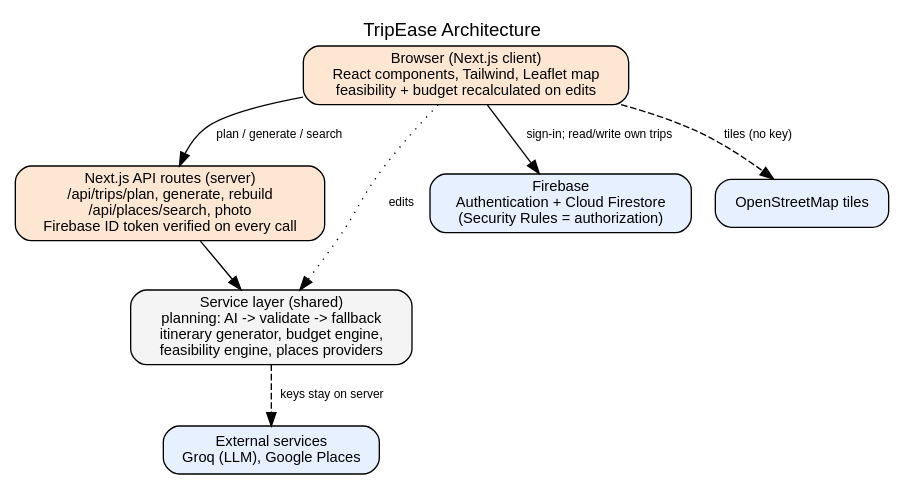
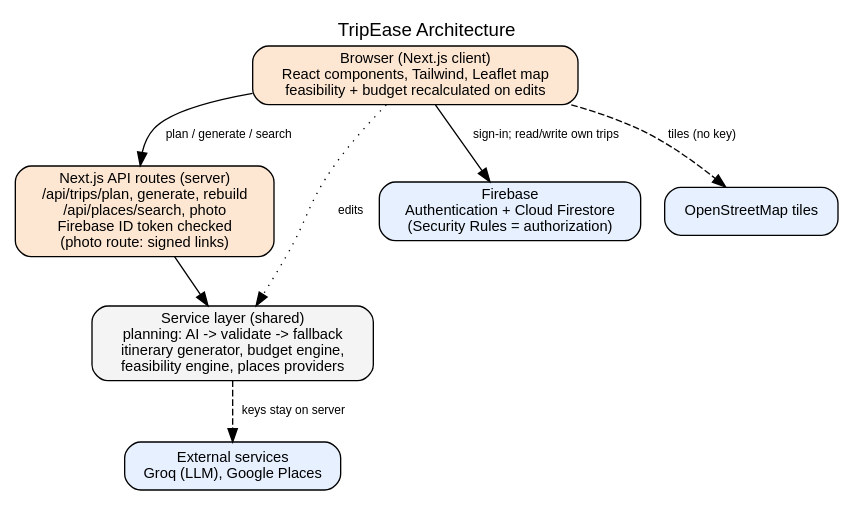
One commit to Mxnrxjj/ucs503p-202627-TripEase changed the diagram in docs/diagrams/arch.dot. Above: the diagram before and after it, drawn with Graphviz. The commit also changed 2 other files, not shown here.

Commit message:
docs: clarify how the photo route is protected in the diagrams

```diff
--- a/docs/diagrams/arch.dot
+++ b/docs/diagrams/arch.dot
@@ -1,14 +1,14 @@
 digraph G { rankdir=TB; fontname="Helvetica"; edge [fontname="Helvetica", fontsize=9]; node [fontname="Helvetica", fontsize=11, shape=box, style="rounded,filled", fillcolor="#f4f4f5"];
 labelloc=t; label="TripEase Architecture";
 browser [label="Browser (Next.js client)\nReact components, Tailwind, Leaflet map\nfeasibility + budget recalculated on edits", fillcolor="#fde7d3"];
-routes [label="Next.js API routes (server)\n/api/trips/plan, generate, rebuild\n/api/places/search, photo\nFirebase ID token verified on every call", fillcolor="#fde7d3"];
+routes [label="Next.js API routes (server)\n/api/trips/plan, generate, rebuild\n/api/places/search, photo\nFirebase ID token checked\n(photo route: signed links)", fillcolor="#fde7d3"];
 svc [label="Service layer (shared)\nplanning: AI -> validate -> fallback\nitinerary generator, budget engine,\nfeasibility engine, places providers"];
 fb [label="Firebase\nAuthentication + Cloud Firestore\n(Security Rules = authorization)", fillcolor="#e6f0ff"];
 ext [label="External services\nGroq (LLM), Google Places", fillcolor="#e6f0ff"];
 osm [label="OpenStreetMap tiles", fillcolor="#e6f0ff"];
 browser -> fb [label=" sign-in; read/write own trips"];
 browser -> routes [label=" plan / generate / search"];
 routes -> svc; browser -> svc [style=dotted, label=" edits"];
 svc -> ext [style=dashed, label=" keys stay on server"];
 browser -> osm [style=dashed, label=" tiles (no key)"];
 }
```
